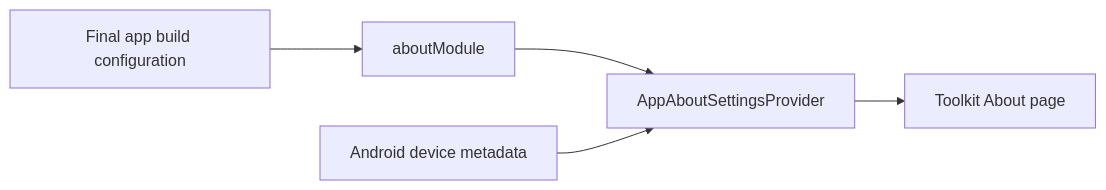
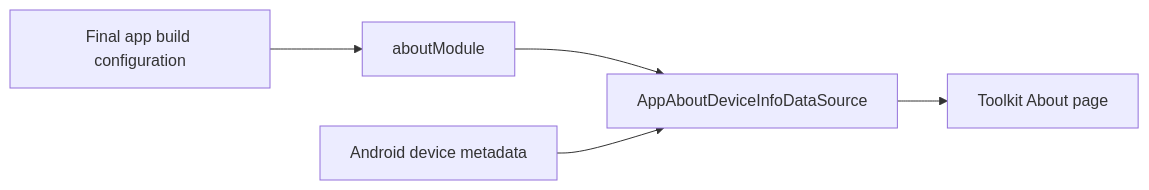
Before and after one commit to MihaiCristianCondrea/App-Toolkit-for-Android: the diagram in sample/feature/about/README.md, drawn with Mermaid. The commit also changed other lines of this file and 135 other files, not shown here.

````diff
--- a/sample/feature/about/README.md
+++ b/sample/feature/about/README.md
@@ -31,7 +31,7 @@
 ```mermaid
 flowchart LR
     Config[Final app build configuration] --> Module[aboutModule]
-    Module --> Provider[AppAboutSettingsProvider]
+    Module --> Provider[AppAboutDeviceInfoDataSource]
     Device[Android device metadata] --> Provider
     Provider --> Page[Toolkit About page]
 ```
````
